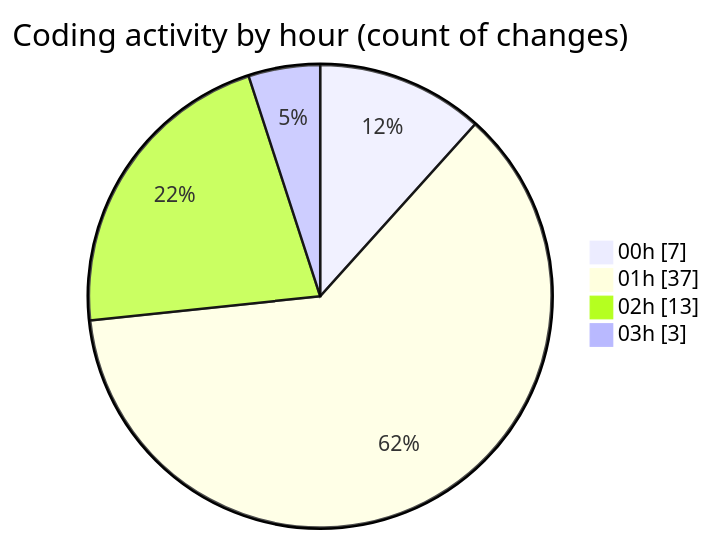
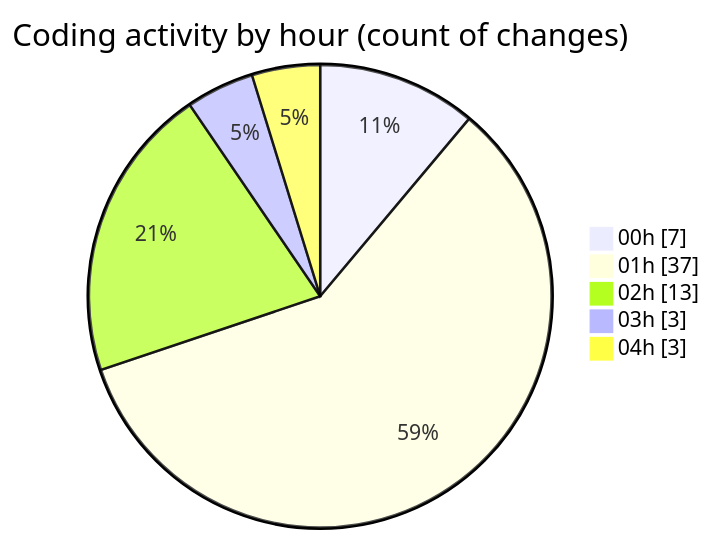
The second of 2 diagrams in 2025-02-23/micros/README.md (charlie-sans/code-tracking), drawn with Mermaid before and after one commit. The commit also changed other lines of this file and 1 other file, not shown here.

````diff
--- a/2025-02-23/micros/README.md
+++ b/2025-02-23/micros/README.md
@@ -45,8 +45,9 @@
 ```mermaid
 pie showData
 title Coding activity by hour (count of changes)
 "00h" : 7
 "01h" : 37
 "02h" : 13
 "03h" : 3
+"04h" : 3
 ```
````
